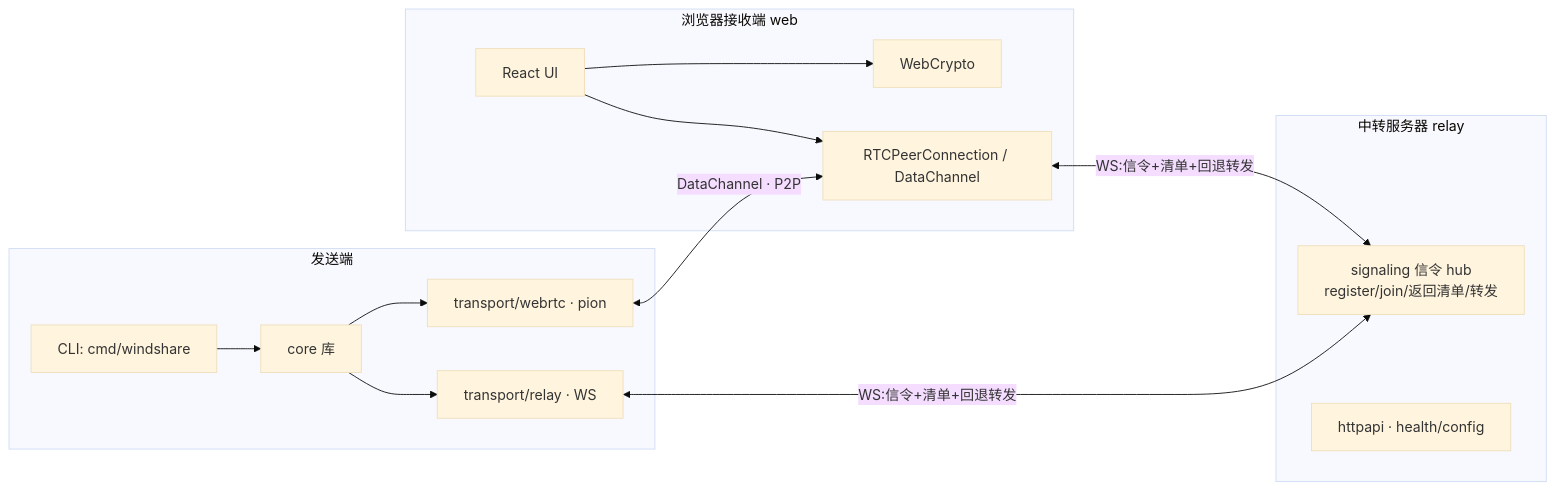
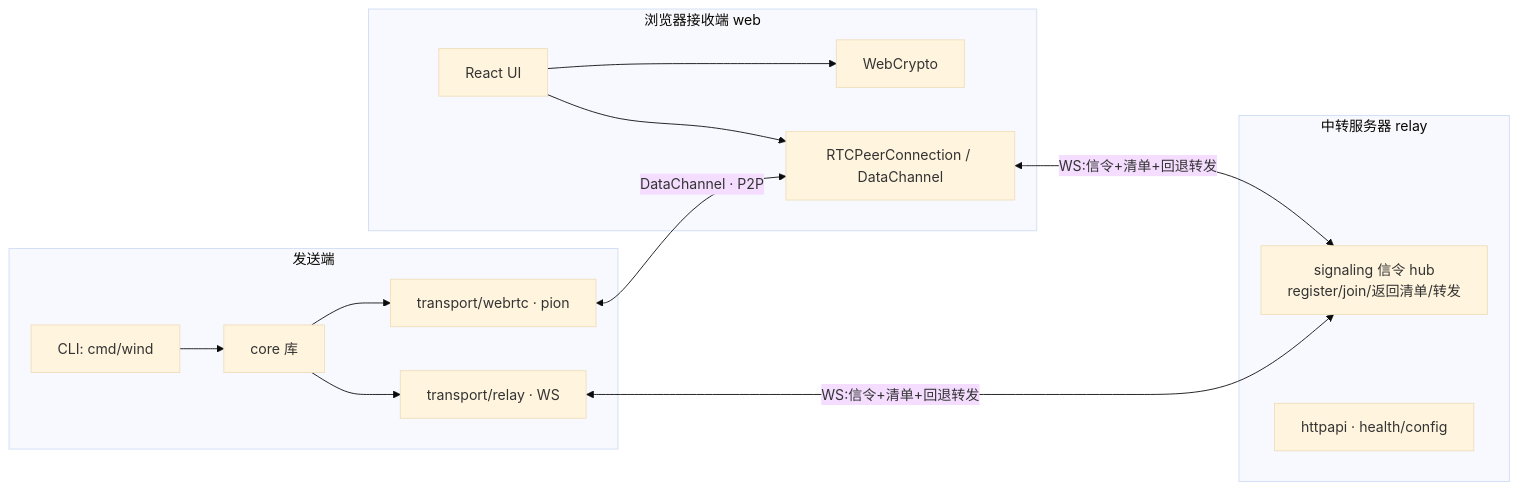
One commit to WindShare/windshare changed the first of 2 diagrams in docs/.archive/2026.07.01/执行计划.md. Above: the diagram before and after it, drawn with Mermaid (base theme). The commit also changed other lines of this file and 234 other files, not shown here.

Commit message:
refactor(cli): rename command to wind

````diff
--- a/docs/.archive/2026.07.01/执行计划.md
+++ b/docs/.archive/2026.07.01/执行计划.md
@@ -124,19 +124,19 @@
 ```mermaid
 flowchart LR
   subgraph Sender[发送端]
-    CLI[CLI: cmd/windshare] --> Core[core 库]
+    CLI[CLI: cmd/wind] --> Core[core 库]
     Core --> WRTC[transport/webrtc · pion]
     Core --> RLY[transport/relay · WS]
   end
   subgraph Relay[中转服务器 relay]
     SIG[signaling 信令 hub<br/>register/join/返回清单/转发]
     API[httpapi · health/config]
   end
   subgraph Web[浏览器接收端 web]
     UI[React UI] --> WC[WebCrypto]
     UI --> PC[RTCPeerConnection / DataChannel]
   end
   WRTC <-->|DataChannel · P2P| PC
   RLY <-->|WS:信令+清单+回退转发| SIG
   PC <-->|WS:信令+清单+回退转发| SIG
 ```
````
